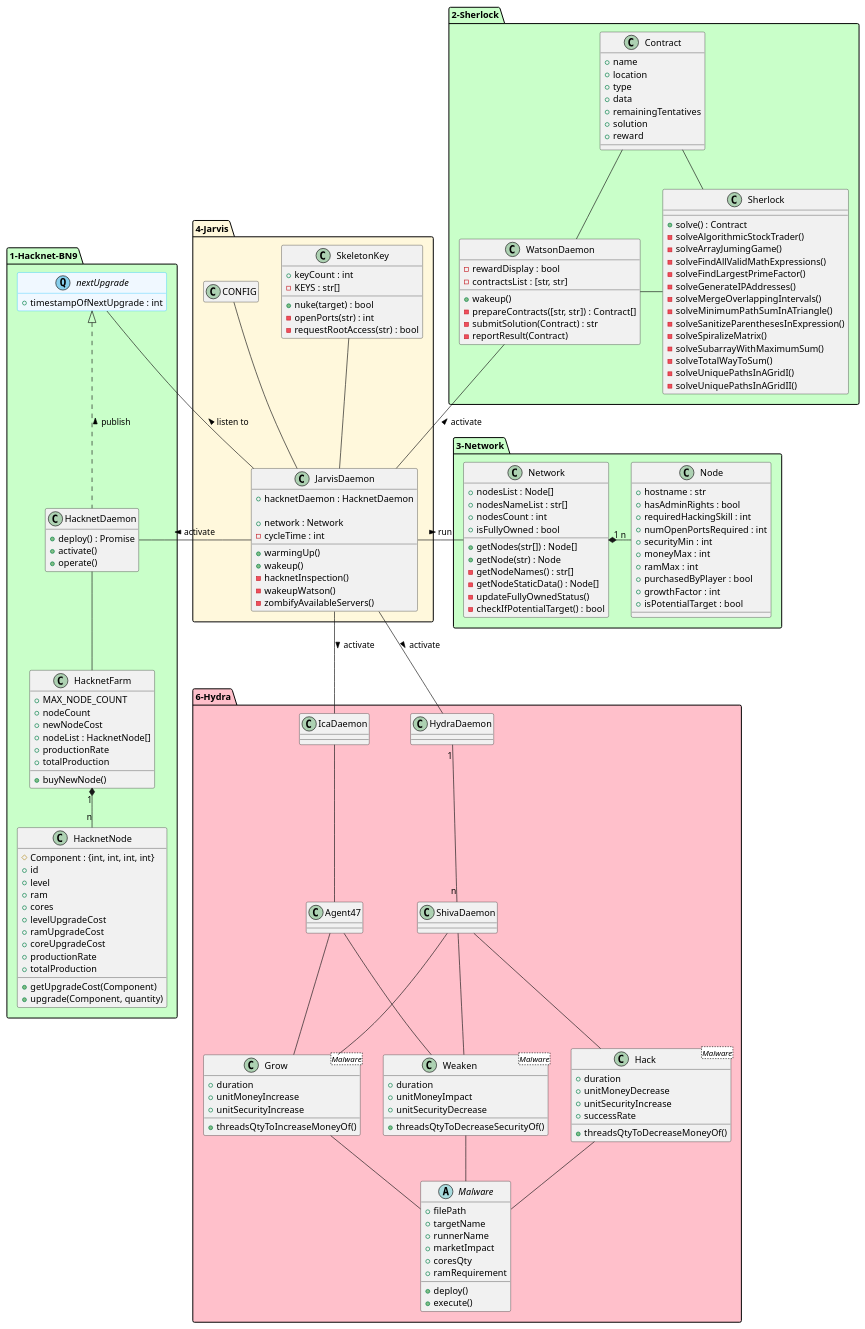
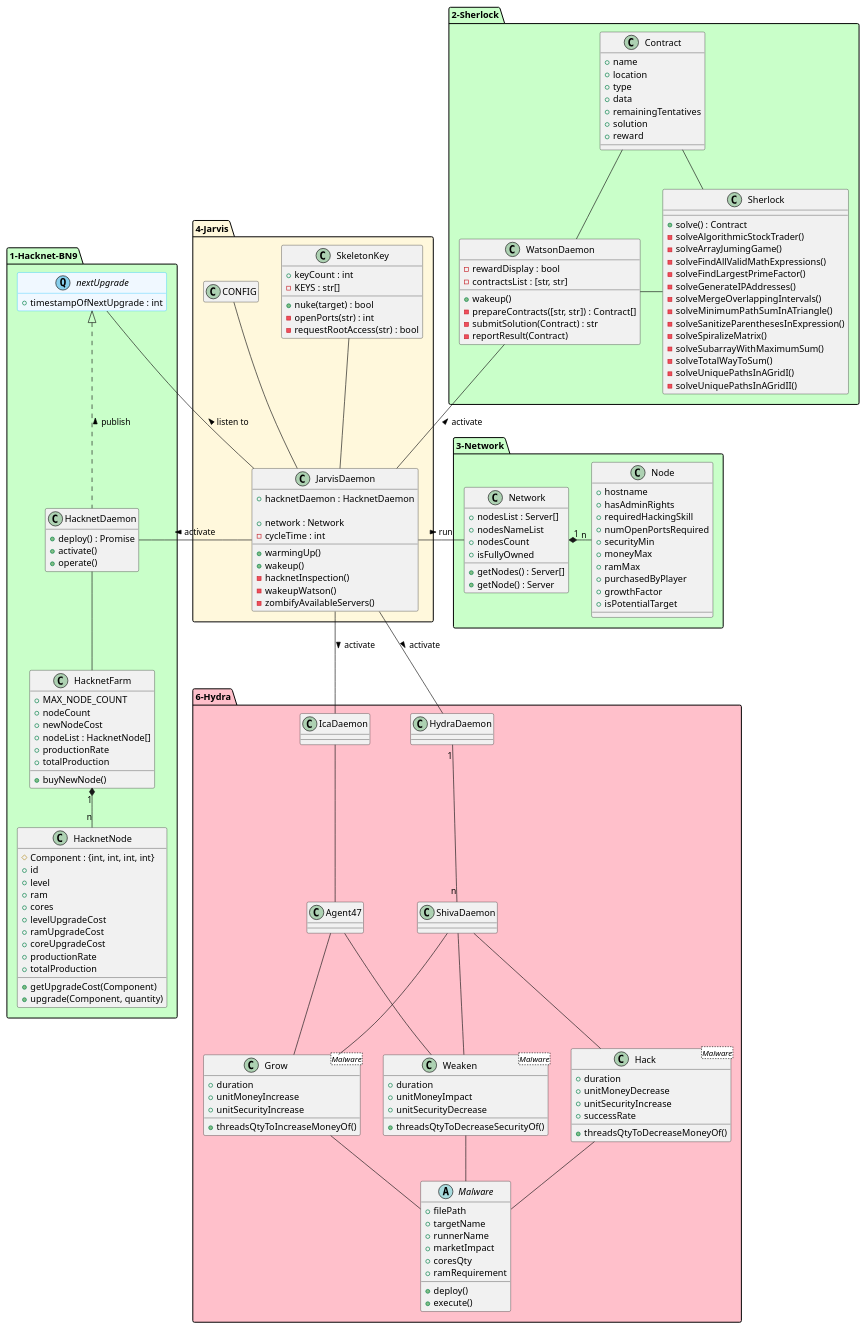
Before and after one commit to Desvart/bitburner: the diagram in assets/classdiagram.iuml, drawn with PlantUML. The commit also changed 2 other files, not shown here.

```diff
--- a/assets/classdiagram.iuml
+++ b/assets/classdiagram.iuml
@@ -89,30 +89,26 @@
 package 3-Network #technology{
 
   class Network {
-    +nodesList : Node[]
-    +nodesNameList : str[]
-    +nodesCount : int
-    +isFullyOwned : bool
+    +nodesList : Server[]
+    +nodesNameList
+    +nodesCount
+    +isFullyOwned
 
-    +getNodes(str[]) : Node[]
-    +getNode(str) : Node
-    -getNodeNames() : str[]
-    -getNodeStaticData() : Node[]
-    -updateFullyOwnedStatus()
-    -checkIfPotentialTarget() : bool
+    +getNodes() : Server[]
+    +getNode() : Server
   }
 
   class Node {
-    +hostname : str
-    +hasAdminRights : bool
-    +requiredHackingSkill : int
-    +numOpenPortsRequired : int
-    +securityMin : int
-    +moneyMax : int
-    +ramMax : int
-    +purchasedByPlayer : bool
-    +growthFactor : int
-    +isPotentialTarget : bool
+    +hostname
+    +hasAdminRights
+    +requiredHackingSkill
+    +numOpenPortsRequired
+    +securityMin
+    +moneyMax
+    +ramMax
+    +purchasedByPlayer
+    +growthFactor
+    +isPotentialTarget
   }
 }
 
```
